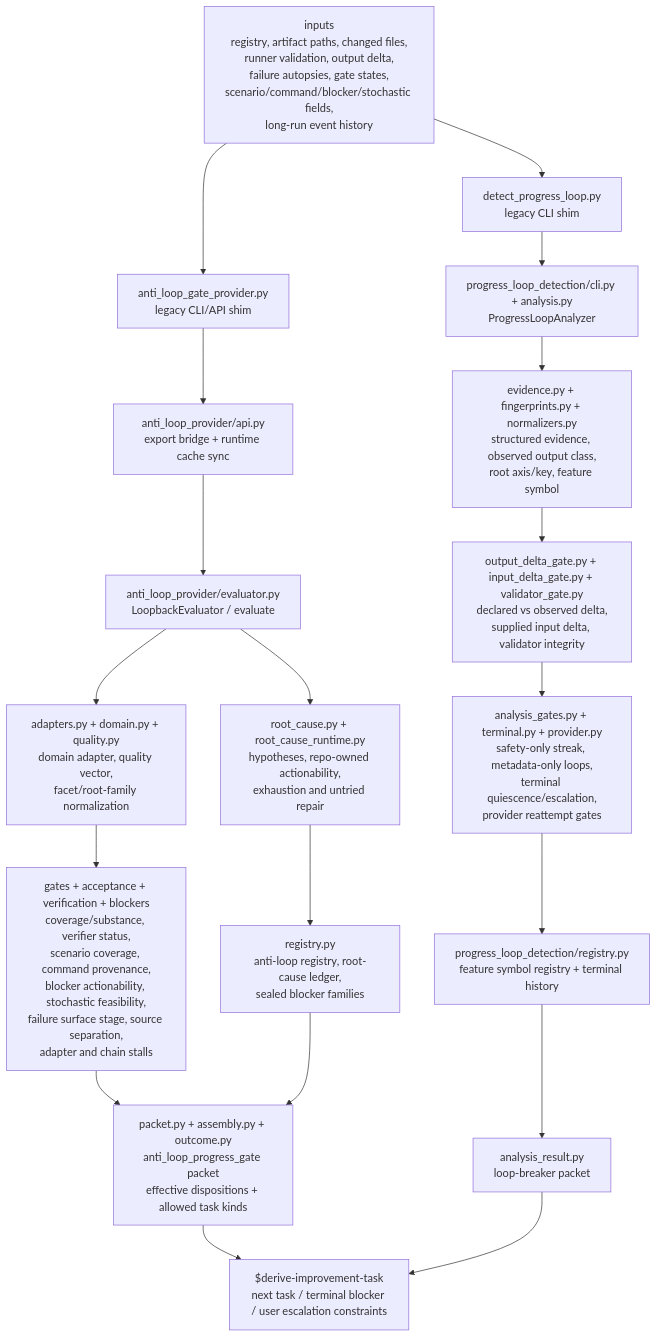
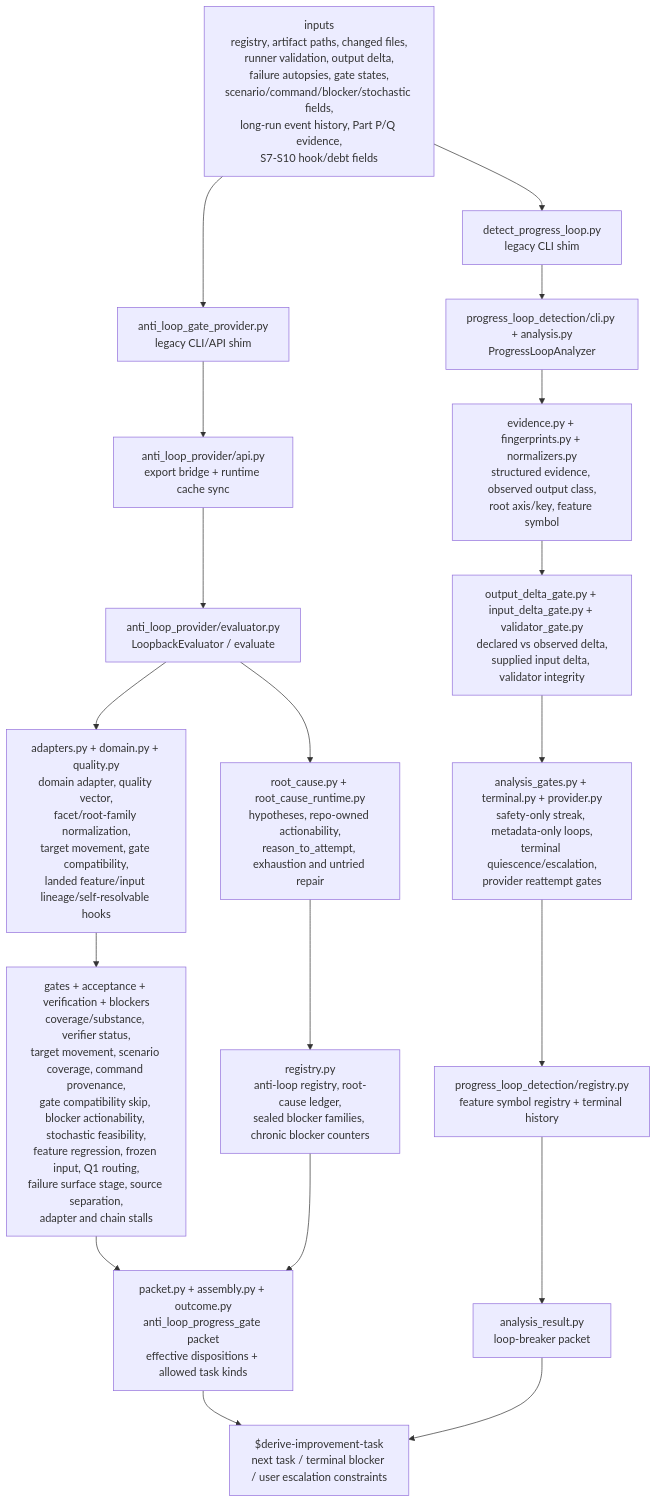
One commit to sw1029/workflow_swfool changed the seventh of 7 diagrams in README.md. Above: the diagram before and after it, drawn with Mermaid. The commit also changed other lines of this file and 11 other files, not shown here.

First line of the commit message:
Update workflow skill flowcharts

````diff
--- a/README.md
+++ b/README.md
@@ -302,30 +325,30 @@
 ```mermaid
 flowchart TD
-  Inputs["inputs<br/>registry, artifact paths, changed files,<br/>runner validation, output delta,<br/>failure autopsies, gate states,<br/>scenario/command/blocker/stochastic fields,<br/>long-run event history"]
+  Inputs["inputs<br/>registry, artifact paths, changed files,<br/>runner validation, output delta,<br/>failure autopsies, gate states,<br/>scenario/command/blocker/stochastic fields,<br/>long-run event history, Part P/Q evidence,<br/>S7-S10 hook/debt fields"]
 
   LoopbackCLI["anti_loop_gate_provider.py<br/>legacy CLI/API shim"]
   LoopbackAPI["anti_loop_provider/api.py<br/>export bridge + runtime cache sync"]
   LoopbackEval["anti_loop_provider/evaluator.py<br/>LoopbackEvaluator / evaluate"]
-  AdapterLayer["adapters.py + domain.py + quality.py<br/>domain adapter, quality vector,<br/>facet/root-family normalization"]
-  LoopGates["gates + acceptance + verification + blockers<br/>coverage/substance, verifier status,<br/>scenario coverage, command provenance,<br/>blocker actionability, stochastic feasibility,<br/>failure surface stage, source separation,<br/>adapter and chain stalls"]
-  RootCause["root_cause.py + root_cause_runtime.py<br/>hypotheses, repo-owned actionability,<br/>exhaustion and untried repair"]
-  LoopRegistry["registry.py<br/>anti-loop registry, root-cause ledger,<br/>sealed blocker families"]
+  AdapterLayer["adapters.py + domain.py + quality.py<br/>domain adapter, quality vector,<br/>facet/root-family normalization,<br/>target movement, gate compatibility,<br/>landed feature/input lineage/self-resolvable hooks"]
+  LoopGates["gates + acceptance + verification + blockers<br/>coverage/substance, verifier status,<br/>target movement, scenario coverage, command provenance,<br/>gate compatibility skip, blocker actionability, stochastic feasibility,<br/>feature regression, frozen input, Q1 routing,<br/>failure surface stage, source separation,<br/>adapter and chain stalls"]
+  RootCause["root_cause.py + root_cause_runtime.py<br/>hypotheses, repo-owned actionability,<br/>reason_to_attempt, exhaustion and untried repair"]
+  LoopRegistry["registry.py<br/>anti-loop registry, root-cause ledger,<br/>sealed blocker families, chronic blocker counters"]
   LoopPacket["packet.py + assembly.py + outcome.py<br/>anti_loop_progress_gate packet<br/>effective dispositions + allowed task kinds"]
 
   DetectCLI["detect_progress_loop.py<br/>legacy CLI shim"]
   DetectAnalyzer["progress_loop_detection/cli.py + analysis.py<br/>ProgressLoopAnalyzer"]
   DetectEvidence["evidence.py + fingerprints.py + normalizers.py<br/>structured evidence, observed output class,<br/>root axis/key, feature symbol"]
   DetectGates["output_delta_gate.py + input_delta_gate.py + validator_gate.py<br/>declared vs observed delta,<br/>supplied input delta, validator integrity"]
   DetectTerminal["analysis_gates.py + terminal.py + provider.py<br/>safety-only streak, metadata-only loops,<br/>terminal quiescence/escalation,<br/>provider reattempt gates"]
   DetectRegistry["progress_loop_detection/registry.py<br/>feature symbol registry + terminal history"]
   DetectPacket["analysis_result.py<br/>loop-breaker packet"]
 
   Derive["$derive-improvement-task<br/>next task / terminal blocker / user escalation constraints"]
 
   Inputs --> LoopbackCLI --> LoopbackAPI --> LoopbackEval
   LoopbackEval --> AdapterLayer --> LoopGates --> LoopPacket
   LoopbackEval --> RootCause --> LoopRegistry --> LoopPacket
   LoopPacket --> Derive
 
   Inputs --> DetectCLI --> DetectAnalyzer --> DetectEvidence --> DetectGates --> DetectTerminal --> DetectRegistry --> DetectPacket --> Derive
 ```
````
